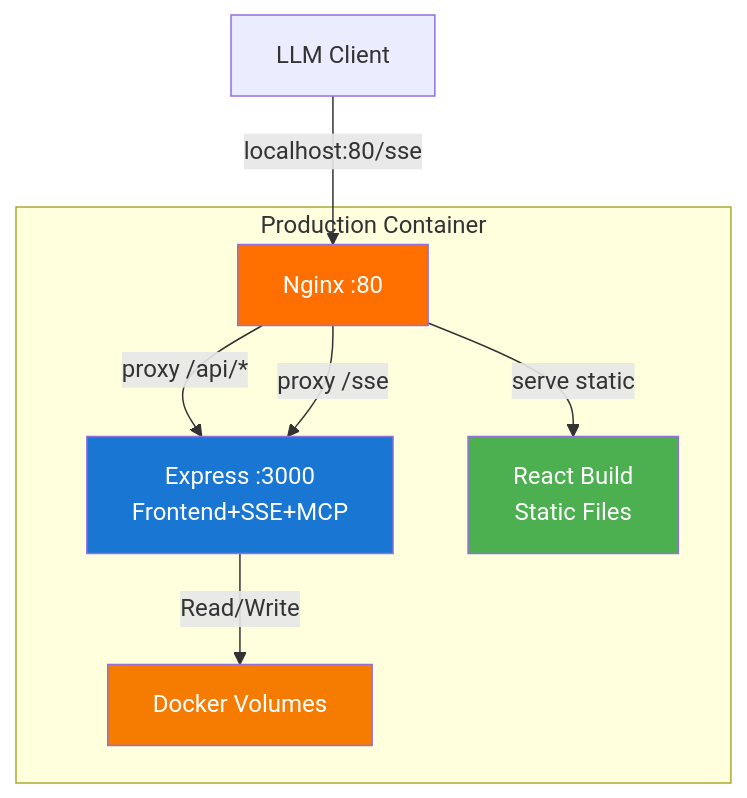
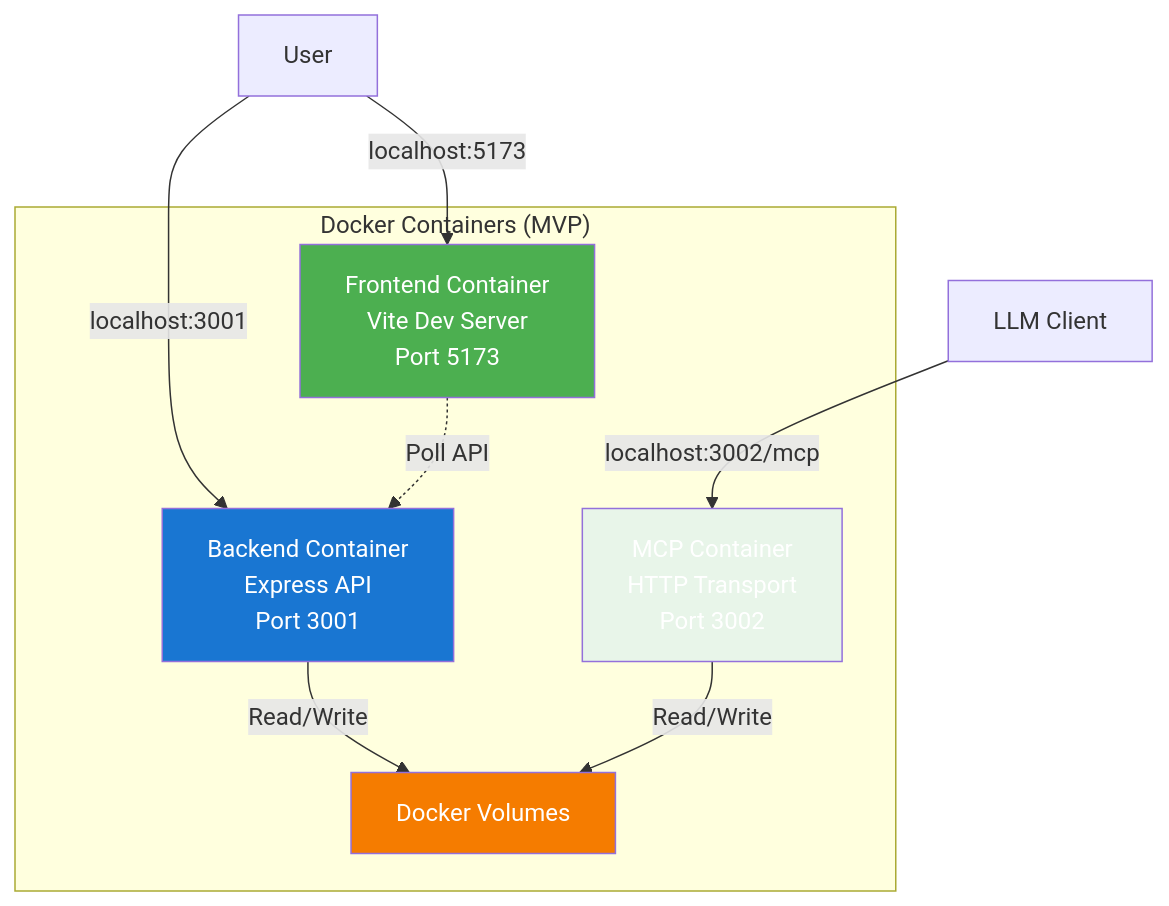
Before and after one commit to andkirby/markdown-ticket: the second of 2 diagrams in docs/CRs/MDT-055-docker-containerization-architecture-for-multi-ser.md, drawn with Mermaid. The commit also changed other lines of this file and 45 other files, not shown here.

First line of the commit message:
feat: complete Docker containerization architecture

````diff
--- a/docs/CRs/MDT-055-docker-containerization-architecture-for-multi-ser.md
+++ b/docs/CRs/MDT-055-docker-containerization-architecture-for-multi-ser.md
@@ -49,21 +49,22 @@
 ```mermaid
 graph TB
-    subgraph "Production Container"
-        NGINX[Nginx :80]
-        APP[Express :3000<br/>Frontend+SSE+MCP]
-        STATIC[React Build<br/>Static Files]
+    subgraph "Docker Containers (MVP)"
+        FE[Frontend Container<br/>Vite Dev Server<br/>Port 5173]
+        BE[Backend Container<br/>Express API<br/>Port 3001]
+        MCP[MCP Container<br/>HTTP Transport<br/>Port 3002]
         VOLUMES[Docker Volumes]
     end
 
-    LLM_CLIENT[LLM Client] -->|localhost:80/sse| NGINX
+    LLM_CLIENT[LLM Client] -->|localhost:3002/mcp| MCP
+    USER[User] -->|localhost:5173| FE
+    USER -->|localhost:3001| BE
 
-    NGINX -->|serve static| STATIC
-    NGINX -->|proxy /api/*| APP
-    NGINX -->|proxy /sse| APP
-    APP -->|Read/Write| VOLUMES
+    BE -->|Read/Write| VOLUMES
+    MCP -->|Read/Write| VOLUMES
+    FE -.->|Poll API| BE
 
-    style NGINX fill:#ff6f00,color:#fff
-    style APP fill:#1976d2,color:#fff
-    style STATIC fill:#4caf50,color:#fff
+    style FE fill:#4caf50,color:#fff
+    style BE fill:#1976d2,color:#fff
+    style MCP fill:#e8f5e9,color:#fff
     style VOLUMES fill:#f57c00,color:#fff
 ```
````
